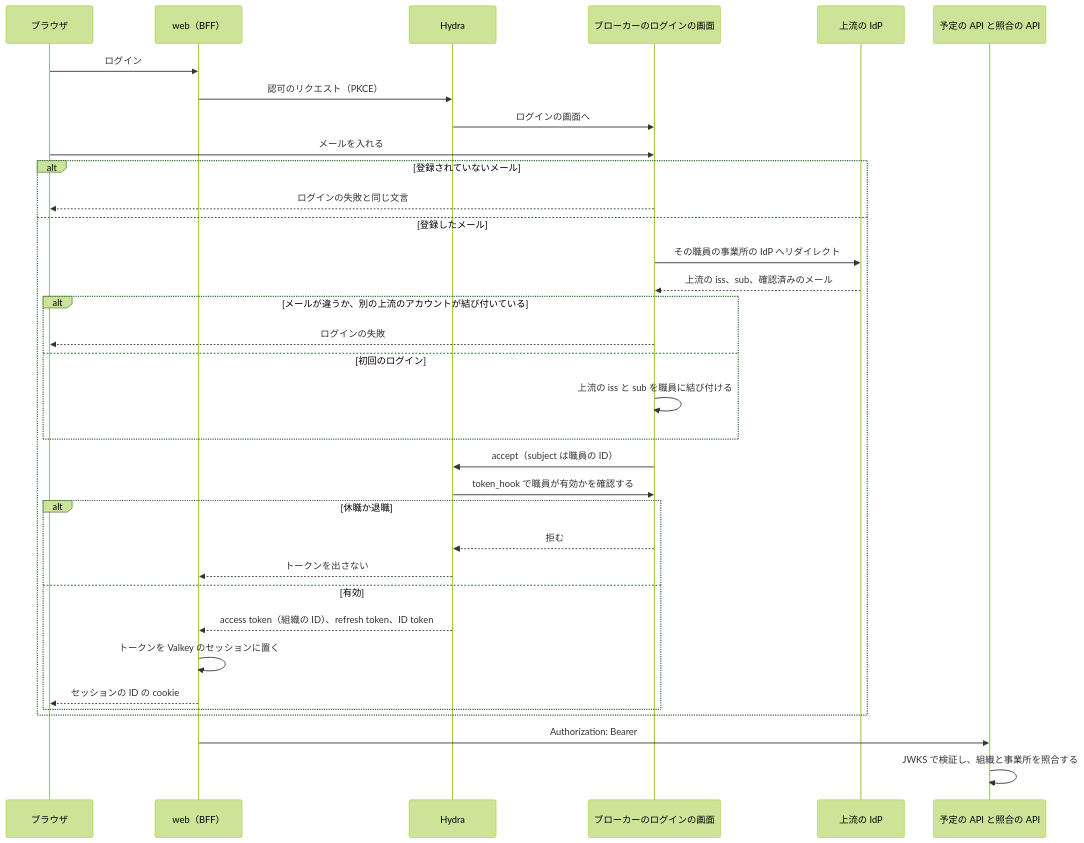
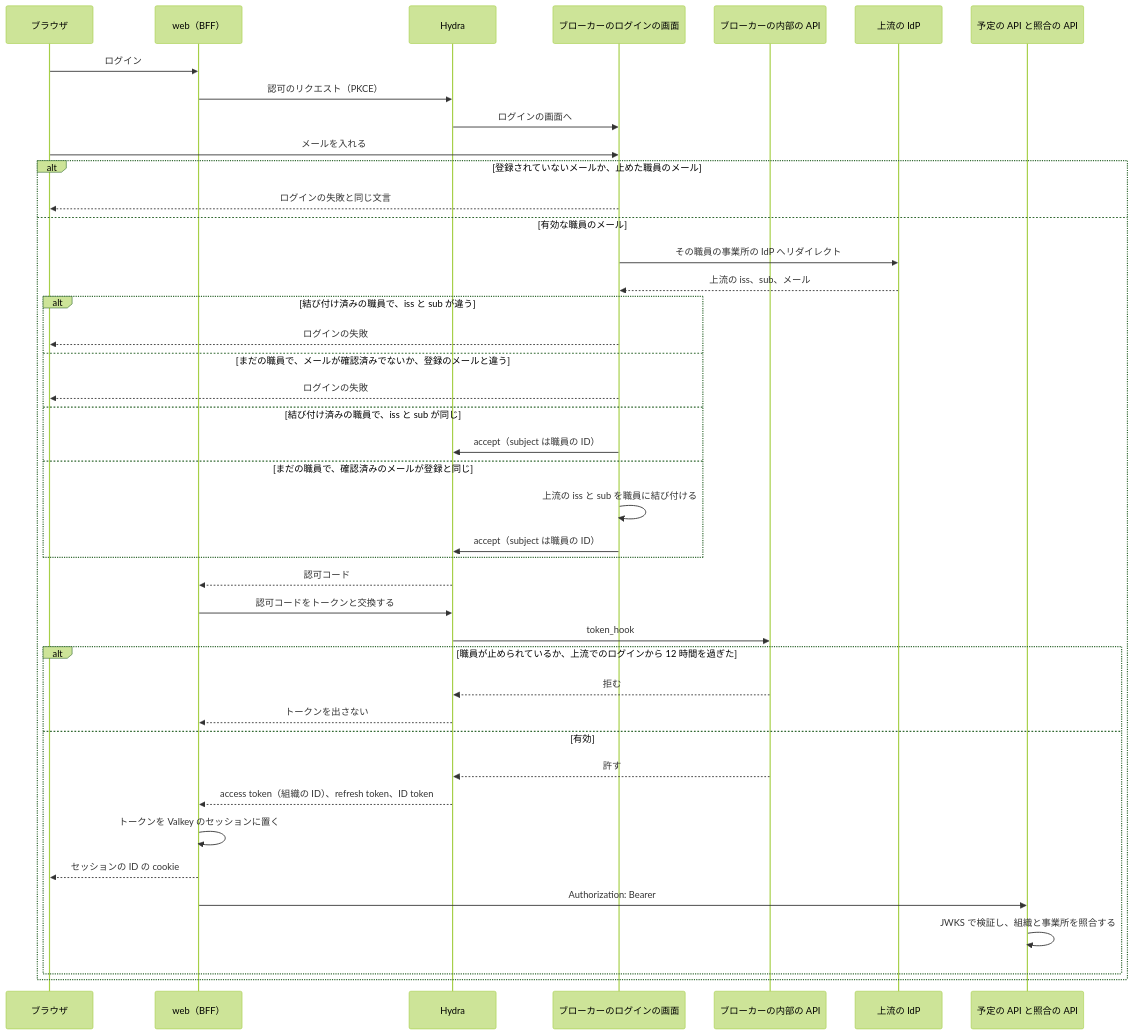
One commit to Fukuemon/buddy changed the first of 3 diagrams in docs/adr/0001-auth.md. Above: the diagram before and after it, drawn with Mermaid (forest theme). The commit also changed other lines of this file and 1 other file, not shown here.

Commit message:
docs(adr): ADR-0001 のログインの図をブローカーの照合の順に直し、Context の事実を戻す #733
ログインの図が結び付け済みの職員の照合と token_hook の位置を誤って描き、統合で Context の事実と却下の案の強みが変わっていたため。

````diff
--- a/docs/adr/0001-auth.md
+++ b/docs/adr/0001-auth.md
@@ -41,36 +44,44 @@
 ```mermaid
 sequenceDiagram
     participant B as ブラウザ
     participant W as web（BFF）
     participant H as Hydra
     participant L as ブローカーのログインの画面
+    participant I as ブローカーの内部の API
     participant U as 上流の IdP
     participant A as 予定の API と照合の API
     B->>W: ログイン
     W->>H: 認可のリクエスト（PKCE）
     H->>L: ログインの画面へ
     B->>L: メールを入れる
-    alt 登録されていないメール
+    alt 登録されていないメールか、止めた職員のメール
         L-->>B: ログインの失敗と同じ文言
-    else 登録したメール
+    else 有効な職員のメール
         L->>U: その職員の事業所の IdP へリダイレクト
-        U-->>L: 上流の iss、sub、確認済みのメール
-        alt メールが違うか、別の上流のアカウントが結び付いている
+        U-->>L: 上流の iss、sub、メール
+        alt 結び付け済みの職員で、iss と sub が違う
             L-->>B: ログインの失敗
-        else 初回のログイン
+        else まだの職員で、メールが確認済みでないか、登録のメールと違う
+            L-->>B: ログインの失敗
+        else 結び付け済みの職員で、iss と sub が同じ
+            L->>H: accept（subject は職員の ID）
+        else まだの職員で、確認済みのメールが登録と同じ
             L->>L: 上流の iss と sub を職員に結び付ける
+            L->>H: accept（subject は職員の ID）
         end
-        L->>H: accept（subject は職員の ID）
-        H->>L: token_hook で職員が有効かを確認する
-        alt 休職か退職
-            L-->>H: 拒む
+        H-->>W: 認可コード
+        W->>H: 認可コードをトークンと交換する
+        H->>I: token_hook
+        alt 職員が止められているか、上流でのログインから 12 時間を過ぎた
+            I-->>H: 拒む
             H-->>W: トークンを出さない
         else 有効
+            I-->>H: 許す
             H-->>W: access token（組織の ID）、refresh token、ID token
             W->>W: トークンを Valkey のセッションに置く
             W-->>B: セッションの ID の cookie
+            W->>A: Authorization: Bearer
+            A->>A: JWKS で検証し、組織と事業所を照合する
         end
     end
-    W->>A: Authorization: Bearer
-    A->>A: JWKS で検証し、組織と事業所を照合する
 ```
````
